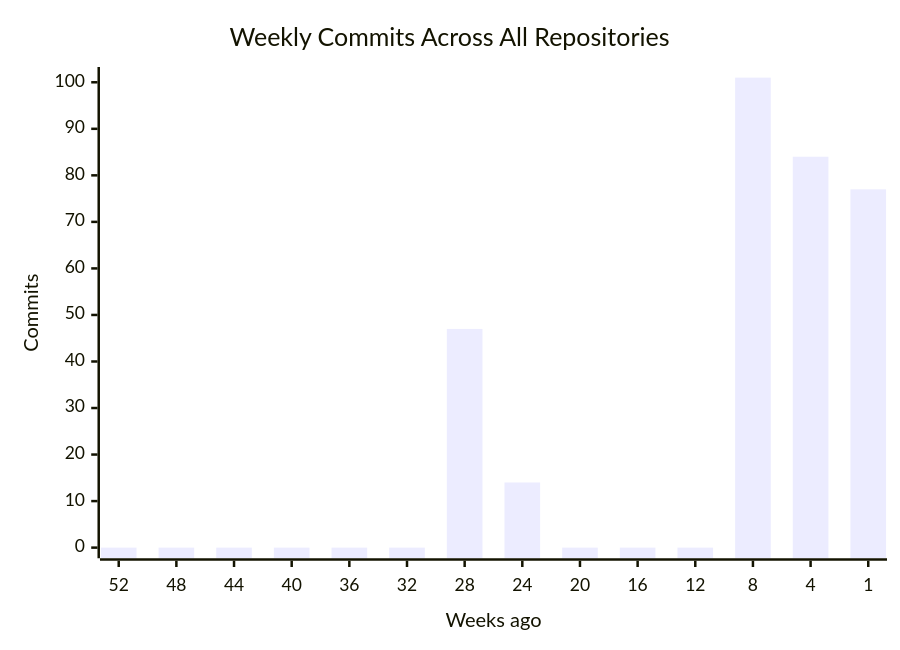
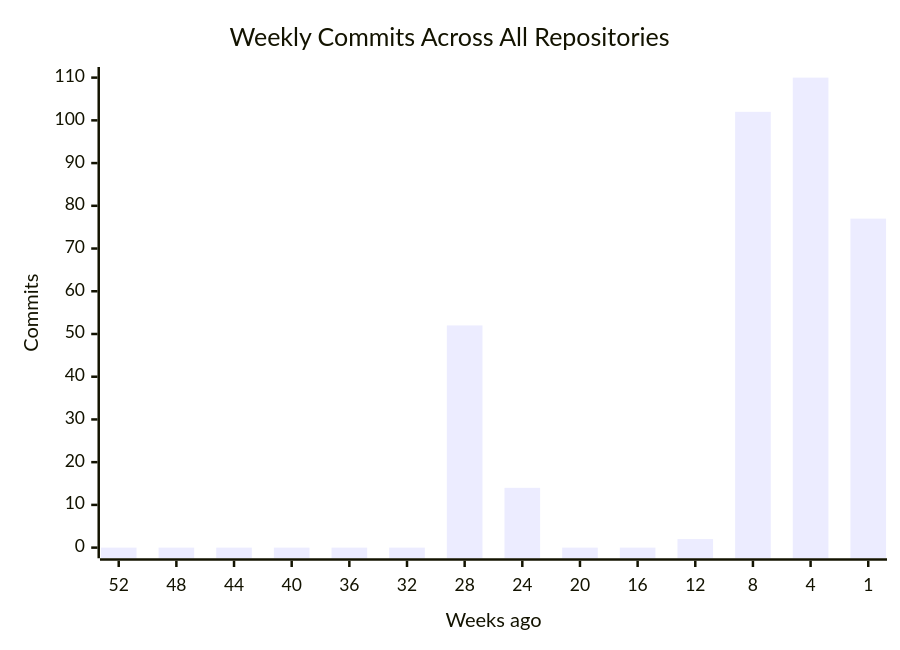
One commit to CSTH-Projects/.github changed the first of 4 diagrams in profile/README.md. Above: the diagram before and after it, drawn with Mermaid. The commit also changed other lines of this file, not shown here.

````diff
--- a/profile/README.md
+++ b/profile/README.md
@@ -16,7 +16,7 @@
 ```mermaid
 xychart-beta
     title "Weekly Commits Across All Repositories"
     x-axis "Weeks ago" [52, 48, 44, 40, 36, 32, 28, 24, 20, 16, 12, 8, 4, 1]
     y-axis "Commits"
-    bar [0, 0, 0, 0, 0, 0, 47, 14, 0, 0, 0, 101, 84, 77]
+    bar [0, 0, 0, 0, 0, 0, 52, 14, 0, 0, 2, 102, 110, 77]
 ```
````
